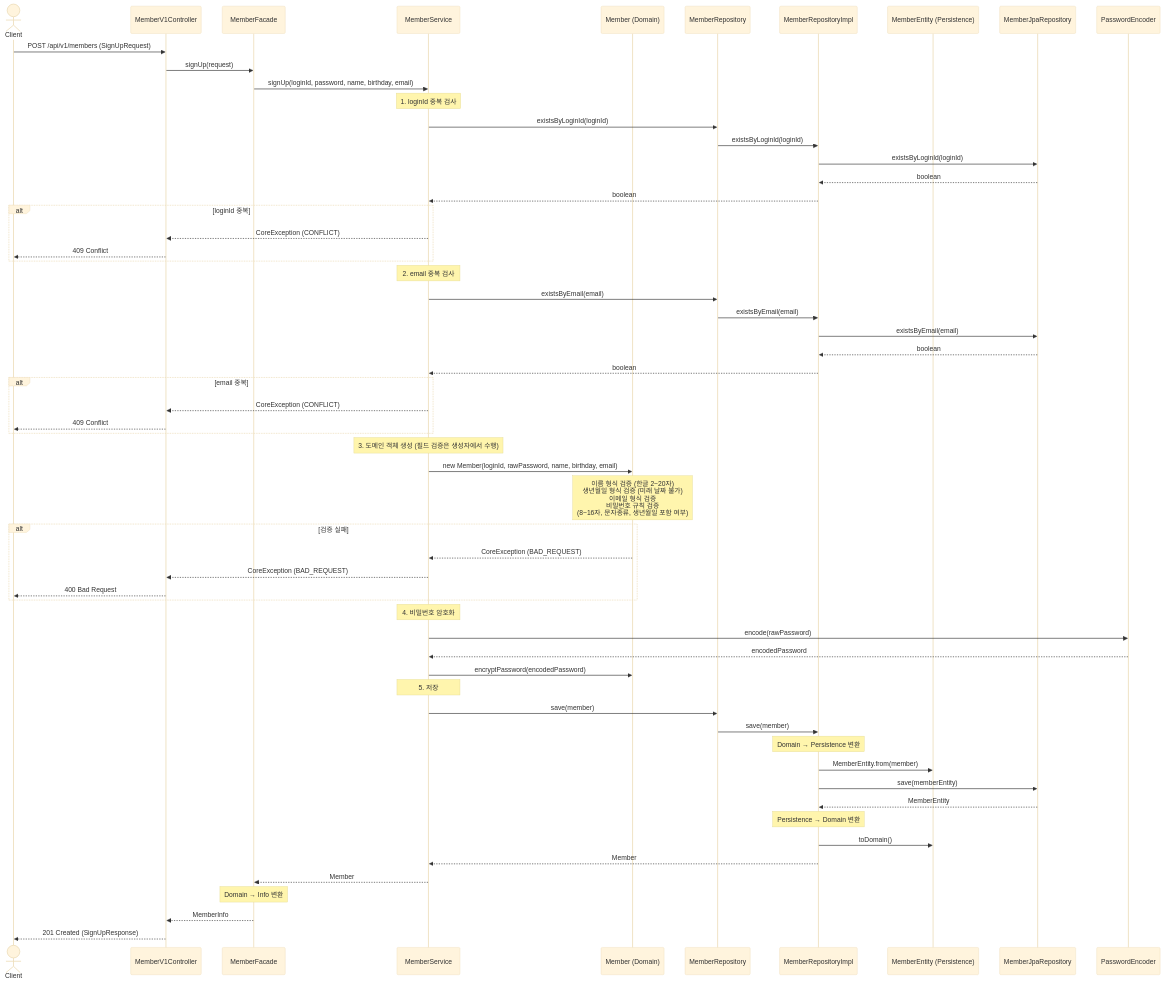
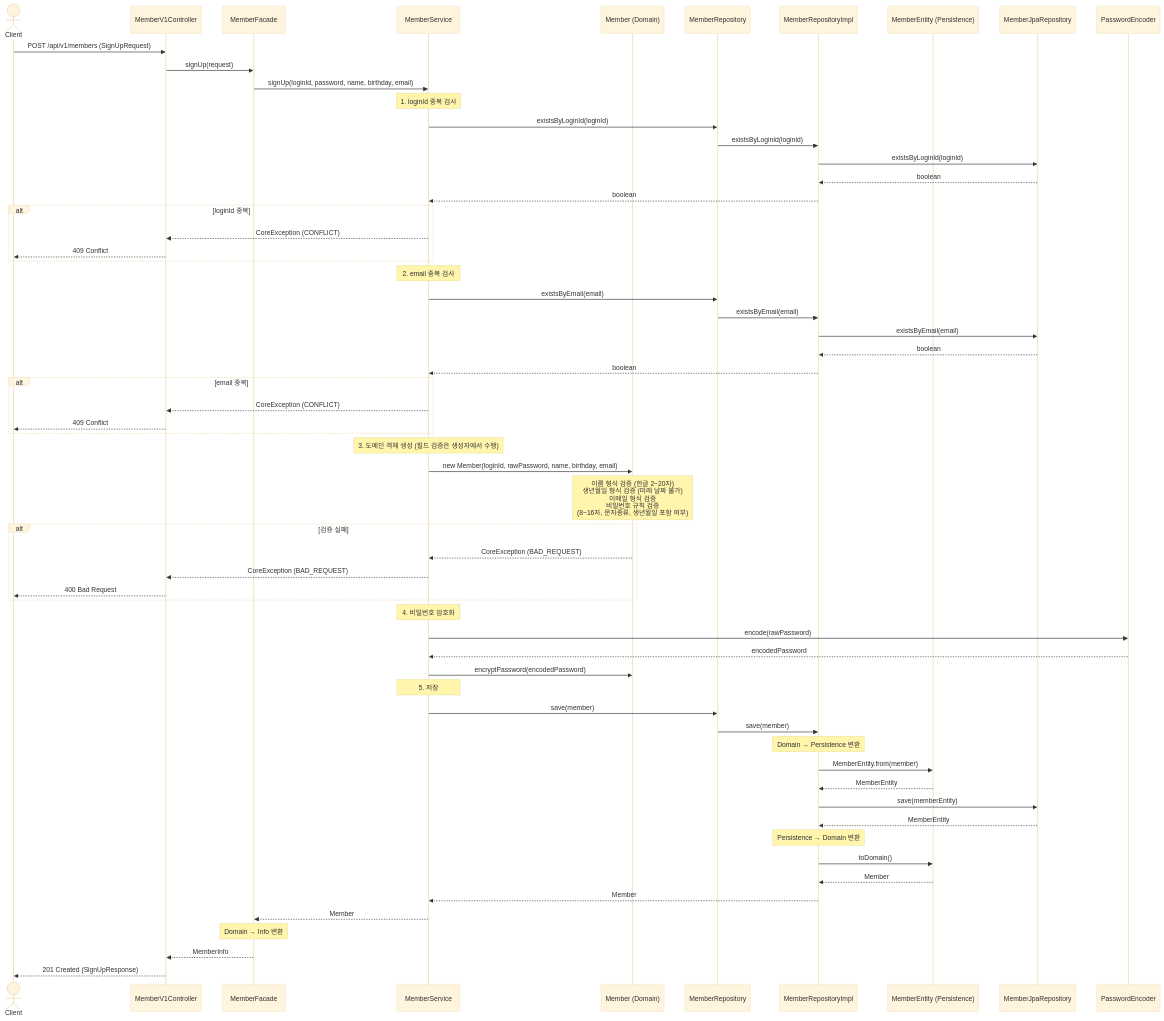
One commit to Loopers-dev-lab/loop-pack-be-l2-vol3-java changed the first of 2 diagrams in docs/member-signup-design.md. Above: the diagram before and after it, drawn with Mermaid (base theme). The commit also changed 1 other file, not shown here.

Commit message:
docs: 내 정보 조회 설계 문서 추가 및 회원가입 시퀀스 다이어그램 보완
- 내 정보 조회 기능 시퀀스/클래스 다이어그램 작성
- 회원가입 시퀀스 다이어그램 Entity 반환 화살표 누락 수정

````diff
--- a/docs/member-signup-design.md
+++ b/docs/member-signup-design.md
@@ -15,72 +15,74 @@
 ```mermaid
 sequenceDiagram
     actor Client
     participant Controller as MemberV1Controller
     participant Facade as MemberFacade
     participant Service as MemberService
     participant Member as Member (Domain)
     participant Repository as MemberRepository
     participant RepoImpl as MemberRepositoryImpl
     participant Entity as MemberEntity (Persistence)
     participant JpaRepo as MemberJpaRepository
     participant PasswordEncoder as PasswordEncoder
 
     Client->>Controller: POST /api/v1/members (SignUpRequest)
     Controller->>Facade: signUp(request)
     Facade->>Service: signUp(loginId, password, name, birthday, email)
 
     Note over Service: 1. loginId 중복 검사
     Service->>Repository: existsByLoginId(loginId)
     Repository->>RepoImpl: existsByLoginId(loginId)
     RepoImpl->>JpaRepo: existsByLoginId(loginId)
     JpaRepo-->>RepoImpl: boolean
     RepoImpl-->>Service: boolean
 
     alt loginId 중복
         Service-->>Controller: CoreException (CONFLICT)
         Controller-->>Client: 409 Conflict
     end
 
     Note over Service: 2. email 중복 검사
     Service->>Repository: existsByEmail(email)
     Repository->>RepoImpl: existsByEmail(email)
     RepoImpl->>JpaRepo: existsByEmail(email)
     JpaRepo-->>RepoImpl: boolean
     RepoImpl-->>Service: boolean
 
     alt email 중복
         Service-->>Controller: CoreException (CONFLICT)
         Controller-->>Client: 409 Conflict
     end
 
     Note over Service: 3. 도메인 객체 생성 (필드 검증은 생성자에서 수행)
     Service->>Member: new Member(loginId, rawPassword, name, birthday, email)
     Note over Member: 이름 형식 검증 (한글 2~20자)<br/>생년월일 형식 검증 (미래 날짜 불가)<br/>이메일 형식 검증<br/>비밀번호 규칙 검증<br/>(8~16자, 문자종류, 생년월일 포함 여부)
 
     alt 검증 실패
         Member-->>Service: CoreException (BAD_REQUEST)
         Service-->>Controller: CoreException (BAD_REQUEST)
         Controller-->>Client: 400 Bad Request
     end
 
     Note over Service: 4. 비밀번호 암호화
     Service->>PasswordEncoder: encode(rawPassword)
     PasswordEncoder-->>Service: encodedPassword
     Service->>Member: encryptPassword(encodedPassword)
 
     Note over Service: 5. 저장
     Service->>Repository: save(member)
     Repository->>RepoImpl: save(member)
     Note over RepoImpl: Domain → Persistence 변환
     RepoImpl->>Entity: MemberEntity.from(member)
+    Entity-->>RepoImpl: MemberEntity
     RepoImpl->>JpaRepo: save(memberEntity)
     JpaRepo-->>RepoImpl: MemberEntity
     Note over RepoImpl: Persistence → Domain 변환
     RepoImpl->>Entity: toDomain()
+    Entity-->>RepoImpl: Member
     RepoImpl-->>Service: Member
 
     Service-->>Facade: Member
     Note over Facade: Domain → Info 변환
     Facade-->>Controller: MemberInfo
     Controller-->>Client: 201 Created (SignUpResponse)
 ```
````
